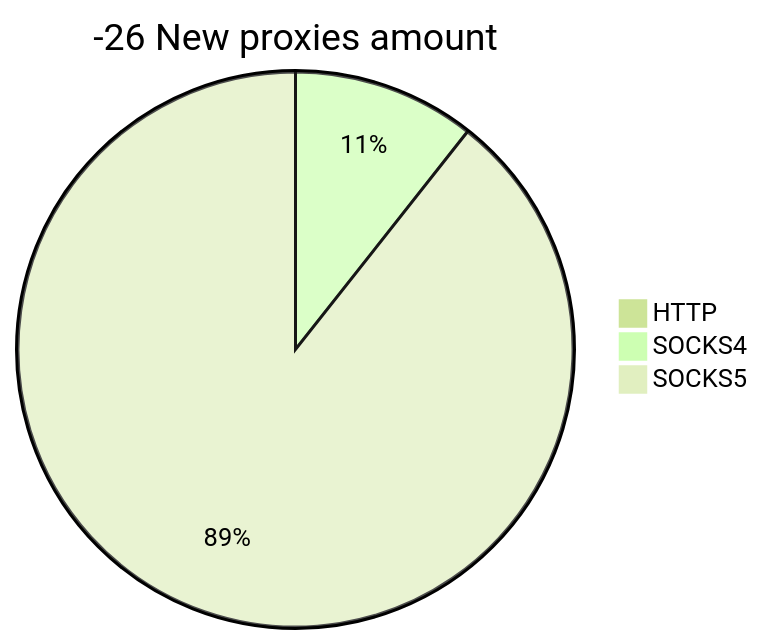
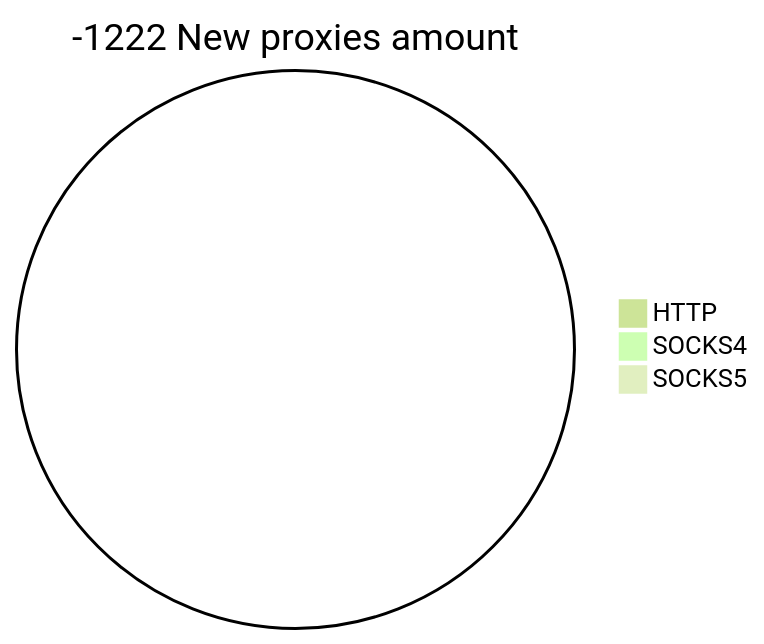
Before and after one commit to cutipu/proxylist: the second of 2 diagrams in README.md, drawn with Mermaid (forest theme). The commit also changed other lines of this file, not shown here.

````diff
--- a/README.md
+++ b/README.md
@@ -10,6 +10,6 @@
 ```mermaid
-pie title -26 New proxies amount
+pie title -1222 New proxies amount
     "HTTP" : 0
-    "SOCKS4" : 5
-    "SOCKS5" : 42
+    "SOCKS4" : 0
+    "SOCKS5" : 0
 ```
````
